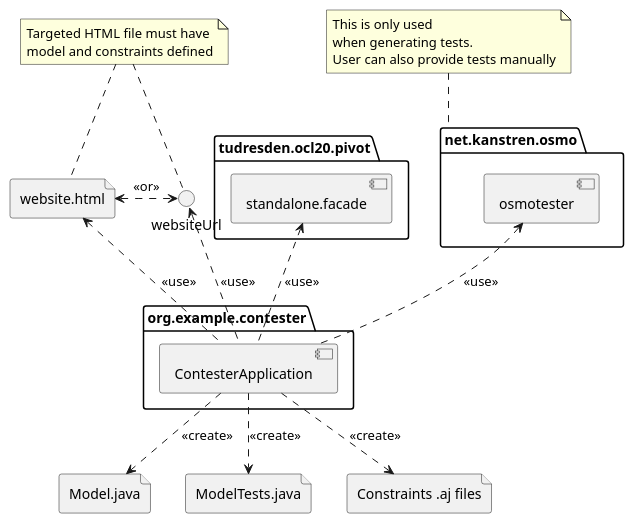
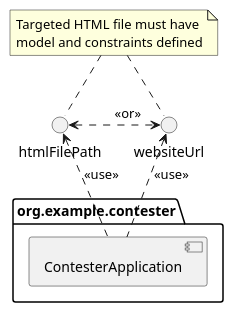
Before and after one commit to kwojcikowski/contester: the diagram in uml/contester-component-diagram.puml, drawn with PlantUML. The commit also changed 1 other file, not shown here.

Commit message:
Diagrams update

```diff
--- a/uml/contester-component-diagram.puml
+++ b/uml/contester-component-diagram.puml
@@ -1,46 +1,44 @@
 @startuml contester-component-diagram
 package org.example.contester {
     [ContesterApplication]
 }
 
-package tudresden.ocl20.pivot {
-    [standalone.facade]
-}
+' package org.dresdenocl {
+'     [standalone.facade]
+' }
 
-package net.kanstren.osmo {
-    [osmotester]
-}
+' package net.kanstren.osmo {
+'     [osmotester]
+' }
 
-note top of net.kanstren.osmo
-This is only used
-when generating tests.
-User can also provide tests manually
-end note
+' note top of net.kanstren.osmo
+' This is only used
+' when generating tests.
+' User can also provide tests manually
+' end note
 
 note as htmlNote
 Targeted HTML file must have
 model and constraints defined
 end note
 
-file website.html {
-}
-file Model.java {
-}
-file ModelTests.java {
-}
-file "Constraints .aj files" as aj {
-}
+' file Model.java {
+' }
+' file ModelTests.java {
+' }
+' file "Constraints .aj files" as aj {
+' }
 
-htmlNote .. website.html
+htmlNote .. htmlFilePath
 htmlNote .. websiteUrl
 websiteUrl <.. [ContesterApplication]: <<use>>
-website.html <.. [ContesterApplication]: <<use>>
-website.html <.> websiteUrl: <<or>>
-[standalone.facade] <.. [ContesterApplication]: <<use>>
-[osmotester] <.. [ContesterApplication]: <<use>>
+htmlFilePath <.. [ContesterApplication]: <<use>>
+htmlFilePath <.> websiteUrl: \t<<or>>\t
+' [standalone.facade] <.. [ContesterApplication]: <<use>>
+' [osmotester] <.. [ContesterApplication]: <<use>>
 
 
-[ContesterApplication] ..> Model.java: <<create>>
-[ContesterApplication] ..> ModelTests.java: <<create>>
-[ContesterApplication] ..> aj: <<create>>
+' [ContesterApplication] ..> Model.java: <<create>>
+' [ContesterApplication] ..> ModelTests.java: <<create>>
+' [ContesterApplication] ..> aj: <<create>>
 @enduml
```
